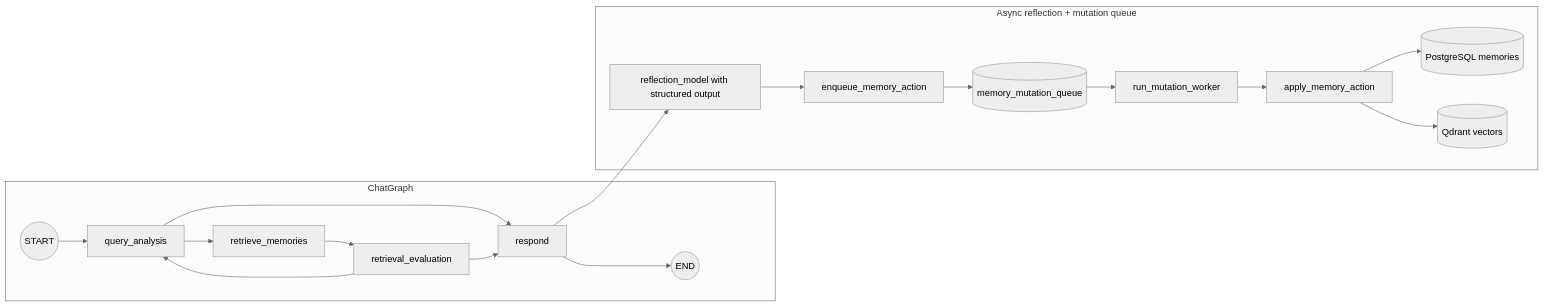
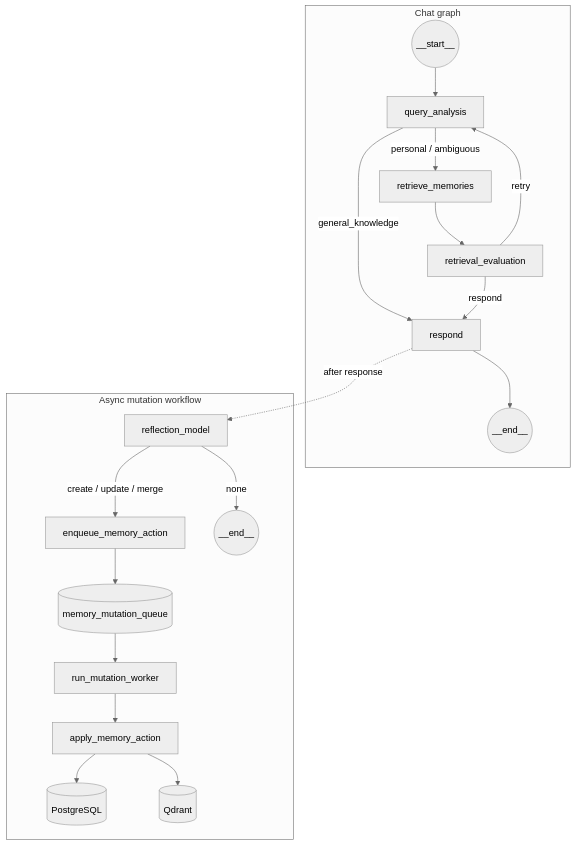
Before and after one commit to greeshmanthvarma/memory_agent: the diagram in README.md, drawn with Mermaid (neutral theme). The commit also changed other lines of this file and 1 other file, not shown here.

Commit message:
feat: update README with enhanced memory features and retrieval processes; add new flow section to LandingPage for user interaction visualization

````diff
--- a/README.md
+++ b/README.md
@@ -67,22 +73,23 @@
 ```mermaid
-graph LR
-  subgraph ChatGraph
-    START((START)) --> QA[query_analysis]
-    QA --> RM[retrieve_memories]
-    QA --> RESP[respond]
+graph TD
+  subgraph ChatGraph["Chat graph"]
+    S((__start__)) --> QA[query_analysis]
+    QA -->|personal / ambiguous| RM[retrieve_memories]
+    QA -->|general_knowledge| RESP[respond]
     RM --> RE[retrieval_evaluation]
-    RE --> QA
-    RE --> RESP
-    RESP --> END((END))
+    RE -->|retry| QA
+    RE -->|respond| RESP
+    RESP --> E((__end__))
   end
 
-  subgraph ReflectionAndMutation["Async reflection + mutation queue"]
-    RESP --> REFLECT[reflection_model with structured output]
-    REFLECT --> ENQ[enqueue_memory_action]
-    ENQ --> QUEUE[(memory_mutation_queue)]
-    QUEUE --> WORKER[run_mutation_worker]
-    WORKER --> APPLY[apply_memory_action]
-    APPLY --> DB[(PostgreSQL memories)]
-    APPLY --> VEC[(Qdrant vectors)]
+  subgraph MutationWorkflow["Async mutation workflow"]
+    RESP -.->|after response| RF[reflection_model]
+    RF -->|create / update / merge| EQ[enqueue_memory_action]
+    RF -->|none| SK((__end__))
+    EQ --> MQ[(memory_mutation_queue)]
+    MQ --> WK[run_mutation_worker]
+    WK --> AM[apply_memory_action]
+    AM --> PG[(PostgreSQL)]
+    AM --> QD[(Qdrant)]
   end
 ```
````
